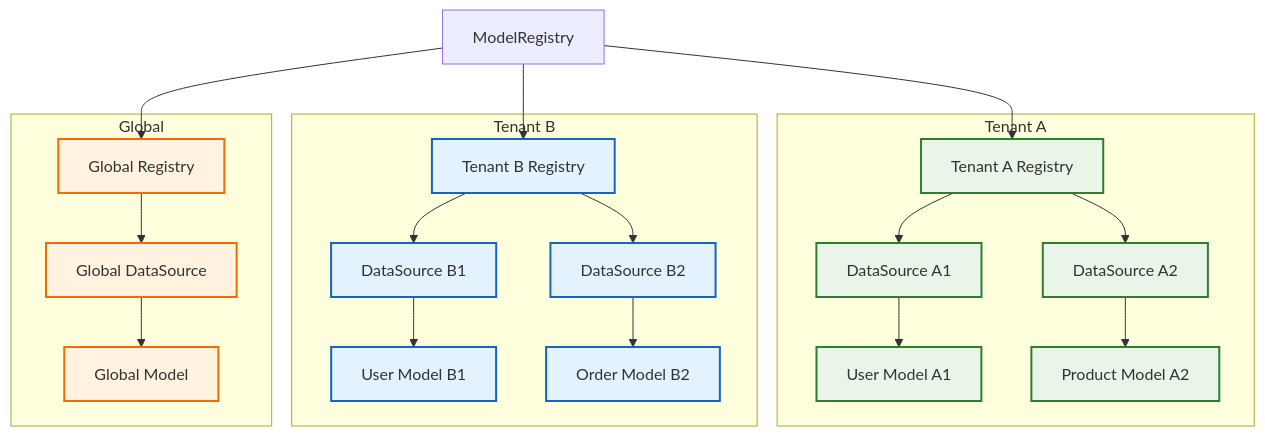
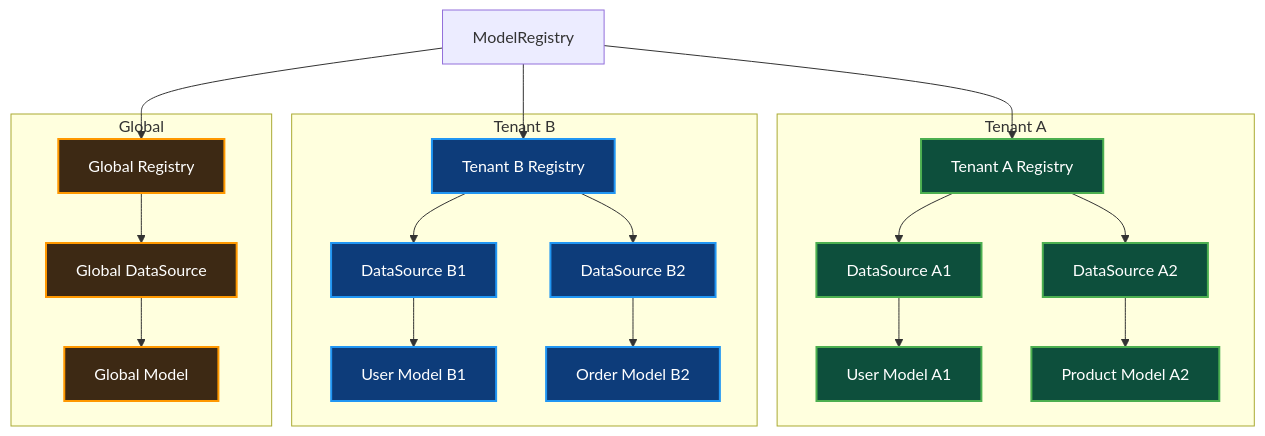
The fourth of 4 diagrams in docs/multitenant/centralized-model-registry-architecture.md (perkd/loopback-datasource-juggler), drawn with Mermaid before and after one commit. The commit also changed other lines of this file and 2 other files, not shown here.

Commit message:
docs - centralized-model-registry-architecture

````diff
--- a/docs/multitenant/centralized-model-registry-architecture.md
+++ b/docs/multitenant/centralized-model-registry-architecture.md
@@ -353,48 +412,48 @@
 ```mermaid
 graph TD
     A[ModelRegistry] --> B[Tenant A Registry]
     A --> C[Tenant B Registry]
     A --> D[Global Registry]
     
     B --> E[DataSource A1]
     B --> F[DataSource A2]
     C --> G[DataSource B1]
     C --> H[DataSource B2]
     D --> I[Global DataSource]
     
     E --> J[User Model A1]
     F --> K[Product Model A2]
     G --> L[User Model B1]
     H --> M[Order Model B2]
     I --> N[Global Model]
     
     subgraph "Tenant A"
         B
         E
         F
         J
         K
     end
     
     subgraph "Tenant B"
         C
         G
         H
         L
         M
     end
     
     subgraph "Global"
         D
         I
         N
     end
     
-    classDef tenantA fill:#e8f5e8,stroke:#2e7d32,stroke-width:2px;
-    classDef tenantB fill:#e3f2fd,stroke:#1565c0,stroke-width:2px;
-    classDef global fill:#fff3e0,stroke:#ef6c00,stroke-width:2px;
+    classDef tenantA fill:#0d4f3c,stroke:#4caf50,stroke-width:2px,color:#ffffff;
+    classDef tenantB fill:#0d3c7a,stroke:#2196f3,stroke-width:2px,color:#ffffff;
+    classDef global fill:#3d2914,stroke:#ff9800,stroke-width:2px,color:#ffffff;
     
     class B,E,F,J,K tenantA;
     class C,G,H,L,M tenantB;
     class D,I,N global;
 ```
````
